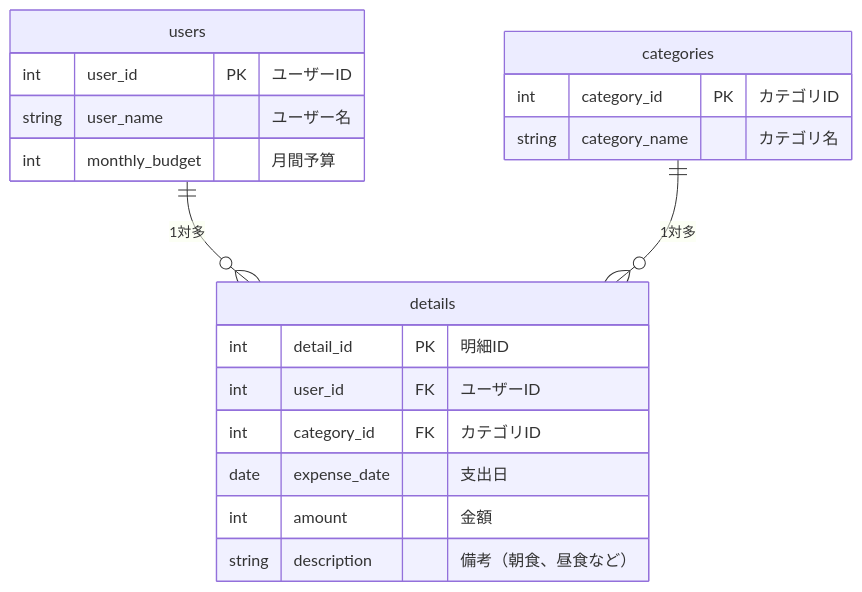
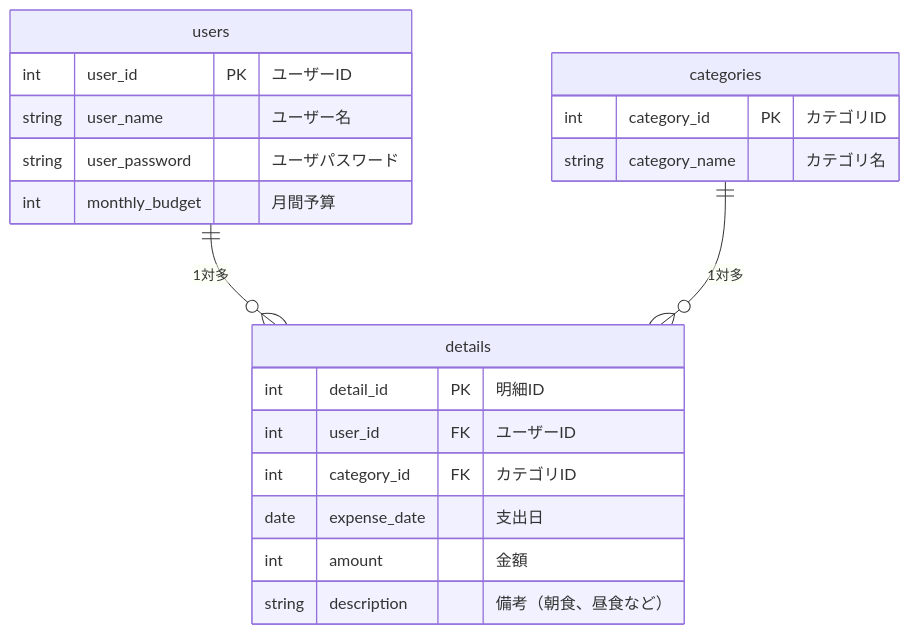
Before and after one commit to youegawa/youegawa-web-app: the diagram in README.md, drawn with Mermaid. The commit also changed 1 other file, not shown here.

Commit message:
userテーブルにパスワード項目を追加

````diff
--- a/README.md
+++ b/README.md
@@ -204,23 +204,24 @@
 ```mermaid
 erDiagram
     users ||--o{ details : "1対多"
     categories ||--o{ details : "1対多"
 
     users {
         int user_id PK "ユーザーID"
         string user_name "ユーザー名"
+        string user_password "ユーザパスワード"
         int monthly_budget "月間予算"
     }
     categories {
         int category_id PK "カテゴリID"
         string category_name "カテゴリ名"
     }
     details {
         int detail_id PK "明細ID"
         int user_id FK "ユーザーID"
         int category_id FK "カテゴリID"
         date expense_date "支出日"
         int amount "金額"
         string description "備考（朝食、昼食など）"
     }
 ```    
````
